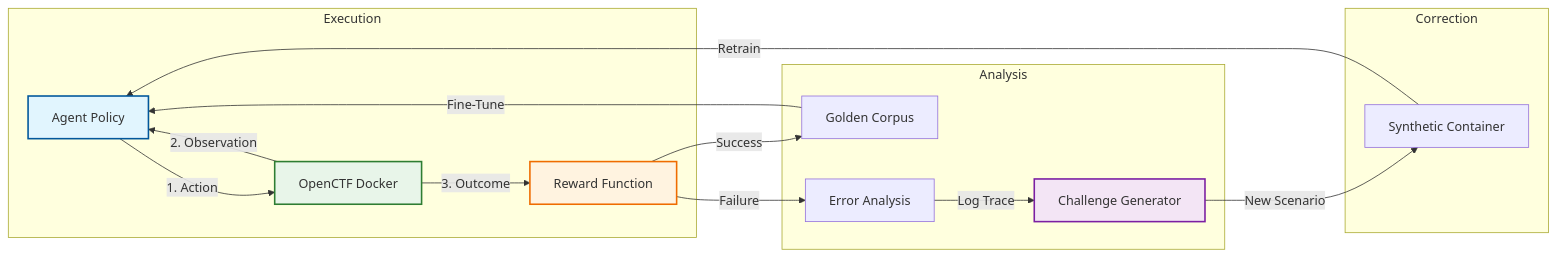
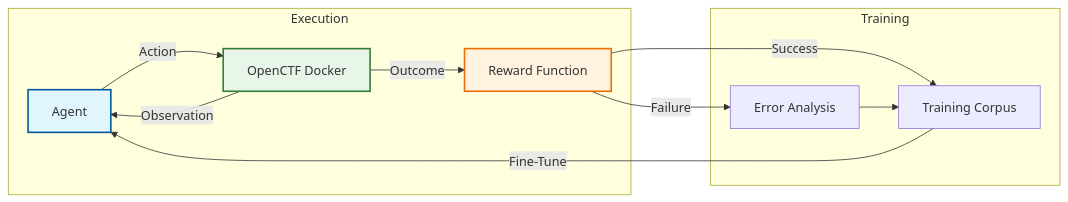
The diagram in README.md (westonbrown/open-ctf-env), drawn with Mermaid before and after one commit. The commit also changed other lines of this file, not shown here.

Commit message:
docs: clean README for public open-source release

````diff
--- a/README.md
+++ b/README.md
@@ -186,25 +145,19 @@
 ```mermaid
 graph LR
     subgraph Execution
-        Agent[Agent Policy] -->|1. Action| Env[OpenCTF Docker]
-        Env -->|2. Observation| Agent
-        Env -->|3. Outcome| Verifier[Reward Function]
+        Agent[Agent] -->|Action| Env[OpenCTF Docker]
+        Env -->|Observation| Agent
+        Env -->|Outcome| Reward[Reward Function]
     end
 
-    subgraph Analysis
-        Verifier -->|Success| Bank[Golden Corpus]
-        Verifier -->|Failure| Analyzer[Error Analysis]
-        Analyzer -->|Log Trace| Generator[Challenge Generator]
-    end
-
-    subgraph Correction
-        Generator -->|New Scenario| NewEnv[Synthetic Container]
-        NewEnv -->|Retrain| Agent
-        Bank -->|Fine-Tune| Agent
+    subgraph Training
+        Reward -->|Success| Corpus[Training Corpus]
+        Reward -->|Failure| Analysis[Error Analysis]
+        Analysis --> Corpus
+        Corpus -->|Fine-Tune| Agent
     end
 
     style Agent fill:#e1f5fe,stroke:#01579b,stroke-width:2px
     style Env fill:#e8f5e9,stroke:#2e7d32,stroke-width:2px
-    style Verifier fill:#fff3e0,stroke:#ef6c00,stroke-width:2px
-    style Generator fill:#f3e5f5,stroke:#7b1fa2,stroke-width:2px
+    style Reward fill:#fff3e0,stroke:#ef6c00,stroke-width:2px
 ```
````
